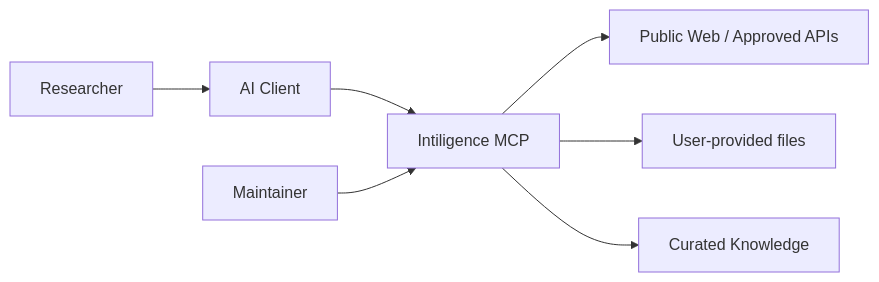
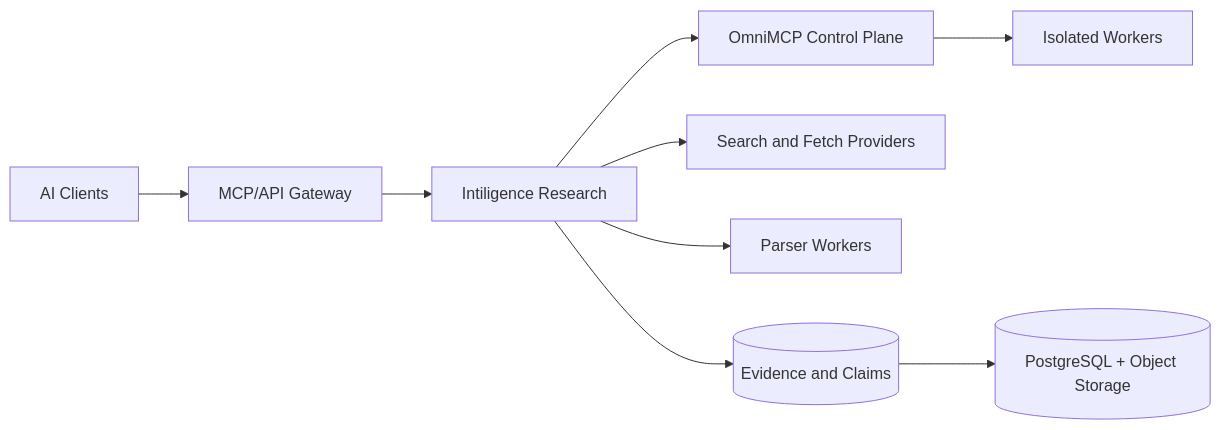
One commit to mohamedazooz/intiligence-mcp changed the diagram in docs/ARCHITECTURE.md. Above: the diagram before and after it, drawn with Mermaid. The commit also changed other lines of this file and 13 other files, not shown here.

Commit message:
docs: add evidence-led intelligence research and integration blueprint

````diff
--- a/docs/ARCHITECTURE.md
+++ b/docs/ARCHITECTURE.md
@@ -9,9 +26,11 @@
 ```mermaid
 flowchart LR
-  User[Researcher] --> Client[AI Client]
-  Client --> MCP[Intiligence MCP]
-  MCP --> Web[Public Web / Approved APIs]
-  MCP --> Files[User-provided files]
-  MCP --> Knowledge[Curated Knowledge]
-  Operator[Maintainer] --> MCP
+ C[AI Clients] --> G[MCP/API Gateway]
+ G --> I[Intiligence Research]
+ I --> O[OmniMCP Control Plane]
+ I --> S[Search and Fetch Providers]
+ I --> P[Parser Workers]
+ I --> E[(Evidence and Claims)]
+ O --> W[Isolated Workers]
+ E --> K[(PostgreSQL + Object Storage)]
 ```
````
